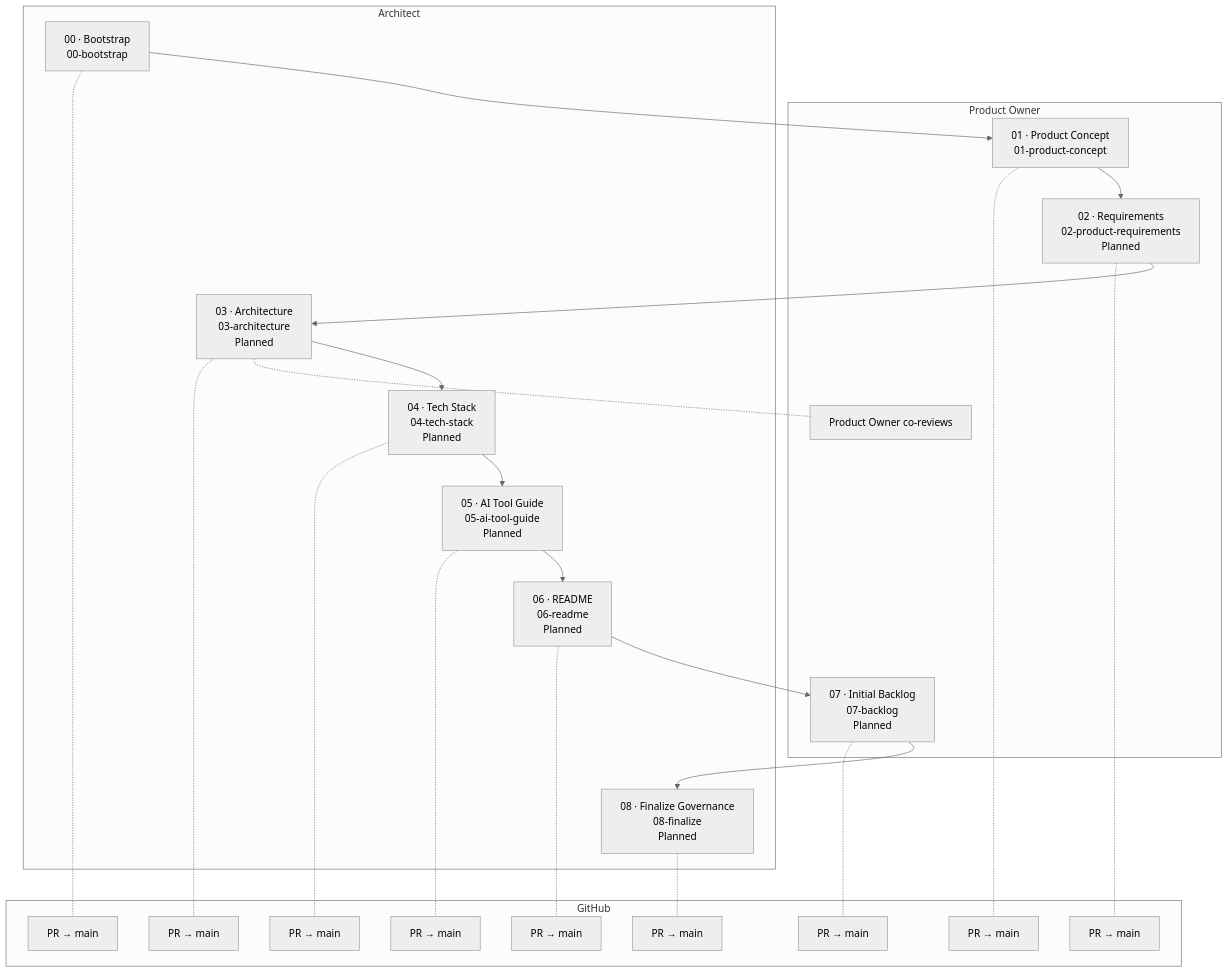
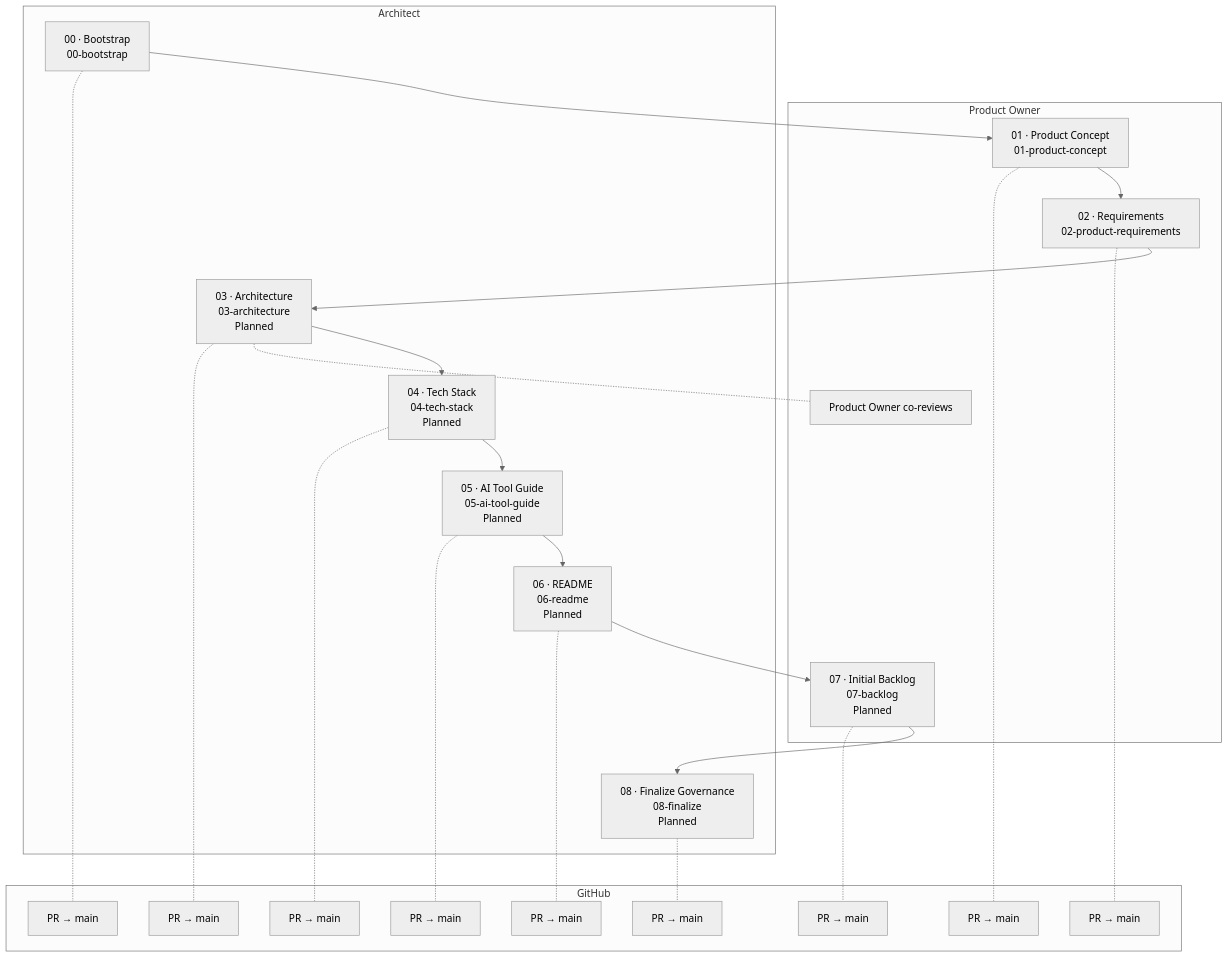
One commit to viralparikh-dev/cuevik-plugins changed the first of 3 diagrams in docs/guides/Cuevik-Plugins_Walkthrough.md. Above: the diagram before and after it, drawn with Mermaid (neutral theme). The commit also changed other lines of this file and 7 other files, not shown here.

Commit message:
docs: guides list 02-product-requirements as Available

````diff
--- a/docs/guides/Cuevik-Plugins_Walkthrough.md
+++ b/docs/guides/Cuevik-Plugins_Walkthrough.md
@@ -80,46 +80,46 @@
 ```mermaid
 flowchart TB
   subgraph PO["Product Owner"]
     M1["01 · Product Concept<br/>01-product-concept"]
-    M2["02 · Requirements<br/>02-product-requirements<br/>Planned"]
+    M2["02 · Requirements<br/>02-product-requirements"]
     S3_1["Product Owner co-reviews"]
     M7["07 · Initial Backlog<br/>07-backlog<br/>Planned"]
   end
   subgraph AR["Architect"]
     M0["00 · Bootstrap<br/>00-bootstrap"]
     M3["03 · Architecture<br/>03-architecture<br/>Planned"]
     M4["04 · Tech Stack<br/>04-tech-stack<br/>Planned"]
     M5["05 · AI Tool Guide<br/>05-ai-tool-guide<br/>Planned"]
     M6["06 · README<br/>06-readme<br/>Planned"]
     M8["08 · Finalize Governance<br/>08-finalize<br/>Planned"]
   end
   subgraph GH["GitHub"]
     S0_0["PR → main"]
     S1_0["PR → main"]
     S2_0["PR → main"]
     S3_0["PR → main"]
     S4_0["PR → main"]
     S5_0["PR → main"]
     S6_0["PR → main"]
     S7_0["PR → main"]
     S8_0["PR → main"]
   end
   M0 -.- S0_0
   M0 --> M1
   M1 -.- S1_0
   M1 --> M2
   M2 -.- S2_0
   M2 --> M3
   M3 -.- S3_0
   M3 -.- S3_1
   M3 --> M4
   M4 -.- S4_0
   M4 --> M5
   M5 -.- S5_0
   M5 --> M6
   M6 -.- S6_0
   M6 --> M7
   M7 -.- S7_0
   M7 --> M8
   M8 -.- S8_0
 ```
````
